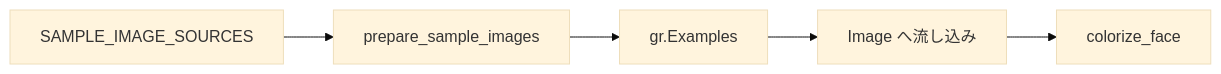
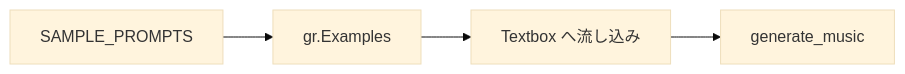
The second of 2 diagrams in document.md (yryo1005/OpenCampus_Demo), drawn with Mermaid (base theme) before and after one commit. The commit also changed other lines of this file and 3 other files, not shown here.

````diff
--- a/document.md
+++ b/document.md
@@ -48,7 +47,6 @@
 ```mermaid
 flowchart LR
-    S1[SAMPLE_IMAGE_SOURCES] --> S2[prepare_sample_images]
-    S2 --> S3[gr.Examples]
-    S3 --> S4[Image へ流し込み]
-    S4 --> S5[colorize_face]
+    S1[SAMPLE_PROMPTS] --> S2[gr.Examples]
+    S2 --> S3[Textbox へ流し込み]
+    S3 --> S4[generate_music]
 ```
````
